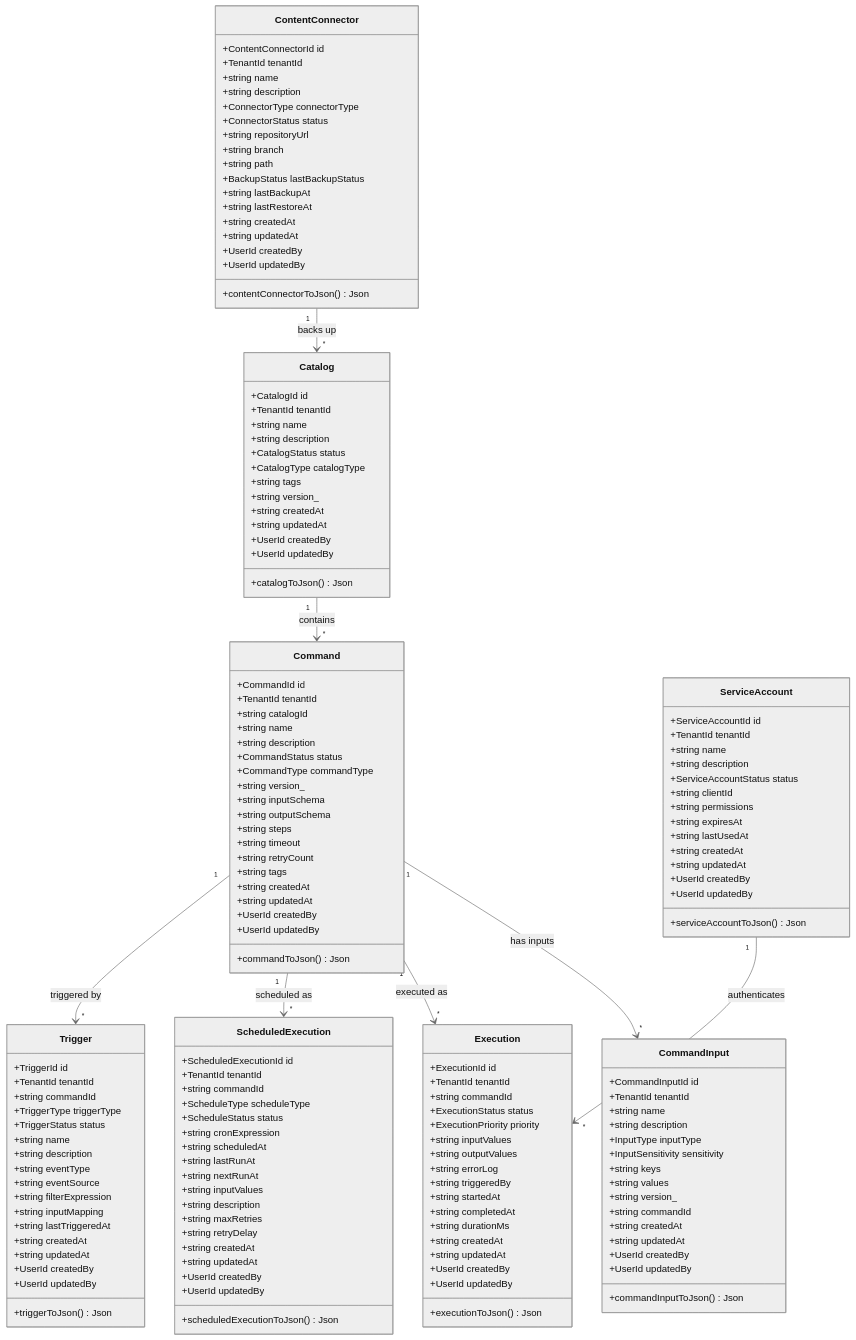
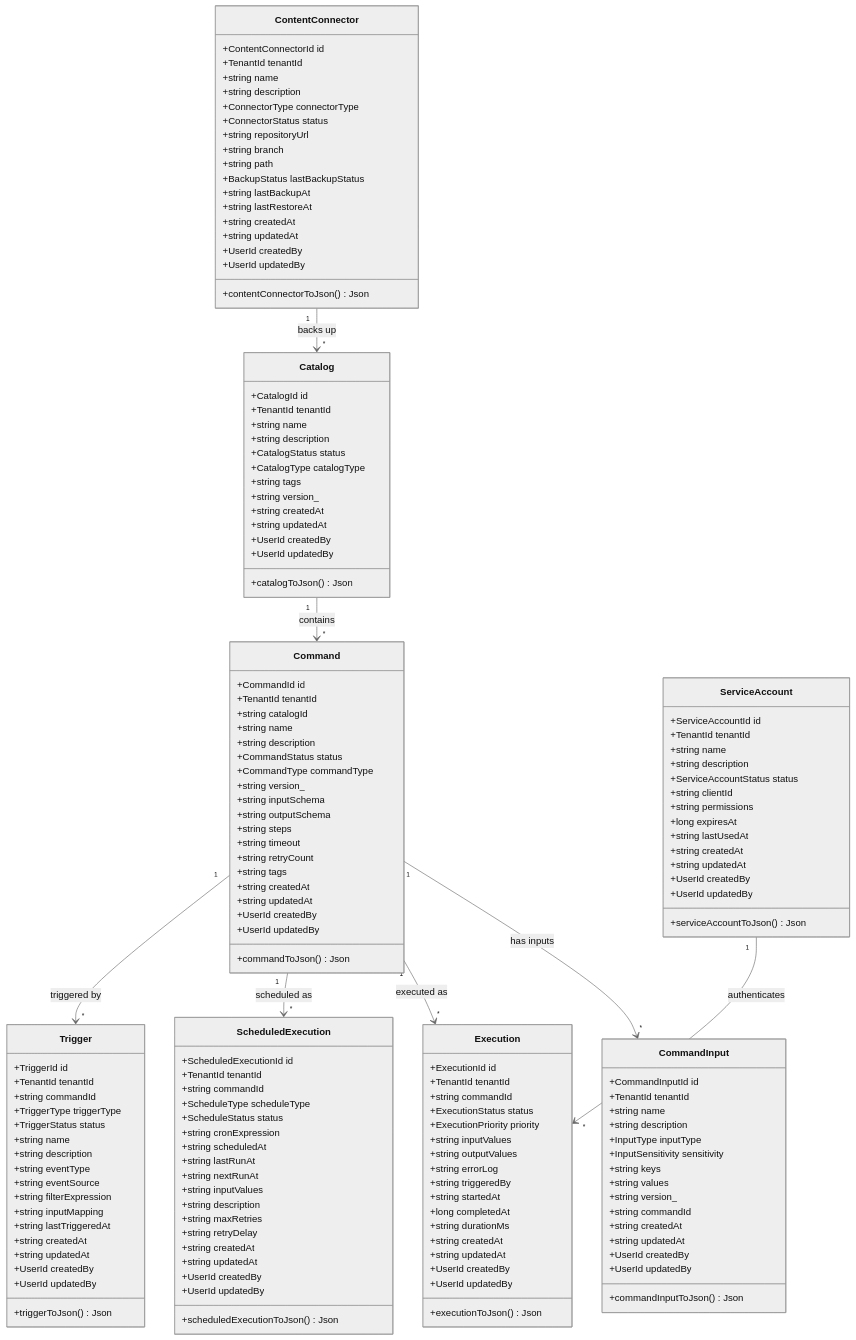
Before and after one commit to UIMSolutions/uim-platform: the first of 7 diagrams in automation-pilot/UML.md, drawn with Mermaid (neutral theme). The commit also changed 33 other files, not shown here.

```diff
--- a/automation-pilot/UML.md
+++ b/automation-pilot/UML.md
@@ -71,7 +71,7 @@
         +string errorLog
         +string triggeredBy
         +string startedAt
-        +string completedAt
+        +long completedAt
         +string durationMs
         +string createdAt
         +string updatedAt
@@ -129,7 +129,7 @@
         +ServiceAccountStatus status
         +string clientId
         +string permissions
-        +string expiresAt
+        +long expiresAt
         +string lastUsedAt
         +string createdAt
         +string updatedAt
```
